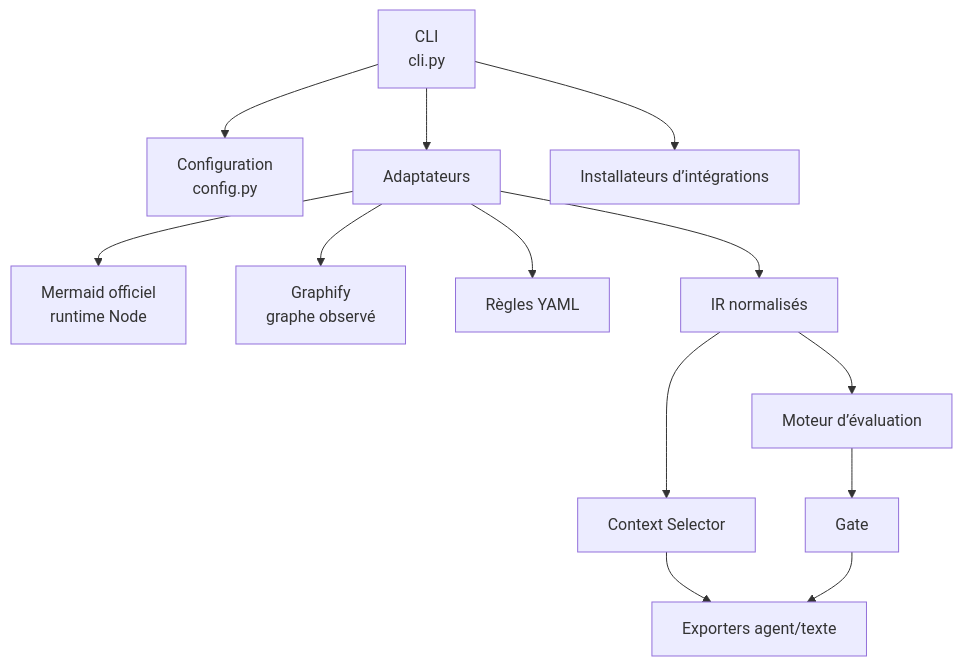
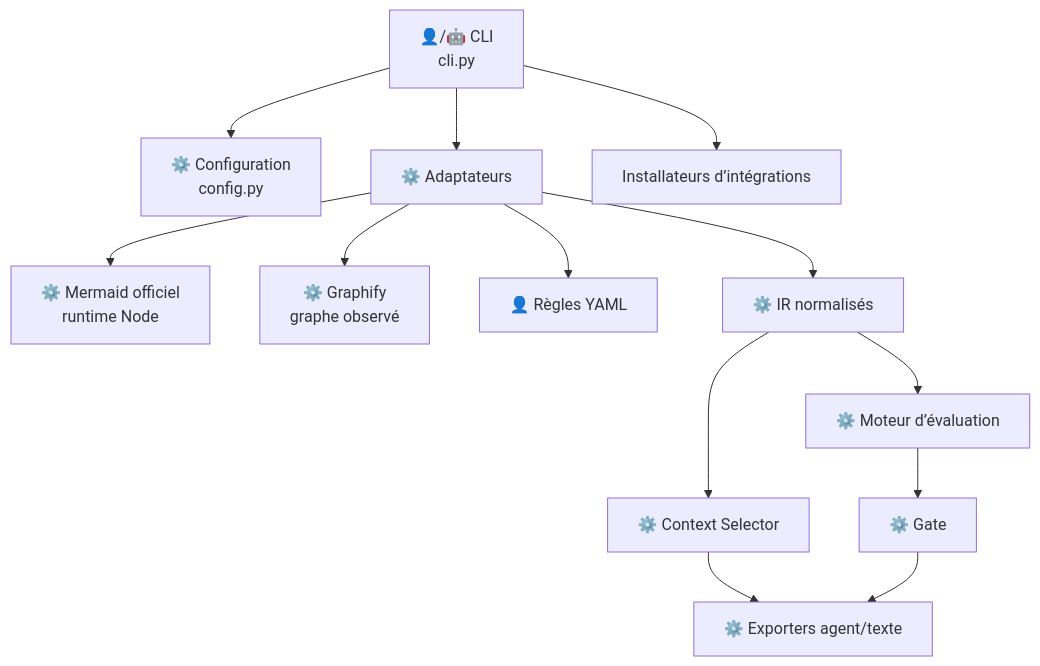
One commit to Jeandavidnelson/Harness changed the first of 5 diagrams in documentation/DOCUMENTATION_TECHNIQUE.md. Above: the diagram before and after it, drawn with Mermaid. The commit also changed other lines of this file and 7 other files, not shown here.

````diff
--- a/documentation/DOCUMENTATION_TECHNIQUE.md
+++ b/documentation/DOCUMENTATION_TECHNIQUE.md
@@ -7,15 +17,15 @@
 ```mermaid
 flowchart TD
-    CLI["CLI<br/>cli.py"] --> CFG["Configuration<br/>config.py"]
-    CLI --> AD["Adaptateurs"]
-    AD --> MM["Mermaid officiel<br/>runtime Node"]
-    AD --> GF["Graphify<br/>graphe observé"]
-    AD --> YML["Règles YAML"]
-    AD --> IR["IR normalisés"]
-    IR --> CS["Context Selector"]
-    IR --> EV["Moteur d’évaluation"]
-    CS --> EX["Exporters agent/texte"]
-    EV --> GT["Gate"]
+    CLI["👤/🤖 CLI<br/>cli.py"] --> CFG["⚙️ Configuration<br/>config.py"]
+    CLI --> AD["⚙️ Adaptateurs"]
+    AD --> MM["⚙️ Mermaid officiel<br/>runtime Node"]
+    AD --> GF["⚙️ Graphify<br/>graphe observé"]
+    AD --> YML["👤 Règles YAML"]
+    AD --> IR["⚙️ IR normalisés"]
+    IR --> CS["⚙️ Context Selector"]
+    IR --> EV["⚙️ Moteur d’évaluation"]
+    CS --> EX["⚙️ Exporters agent/texte"]
+    EV --> GT["⚙️ Gate"]
     GT --> EX
     CLI --> INT["Installateurs d’intégrations"]
 ```
````
